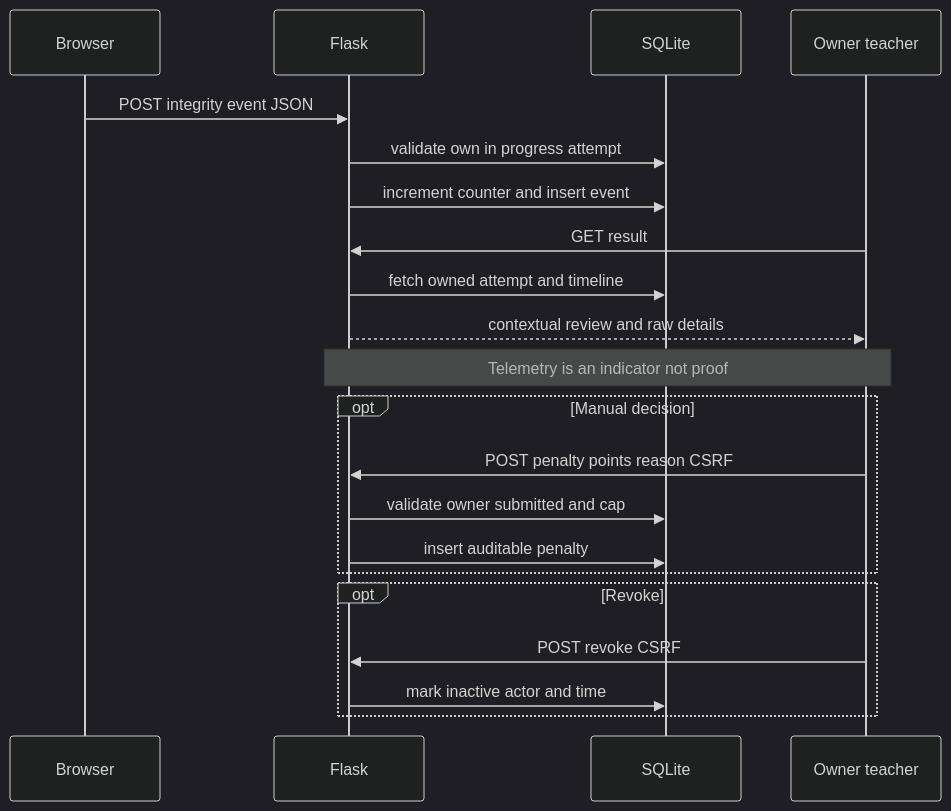
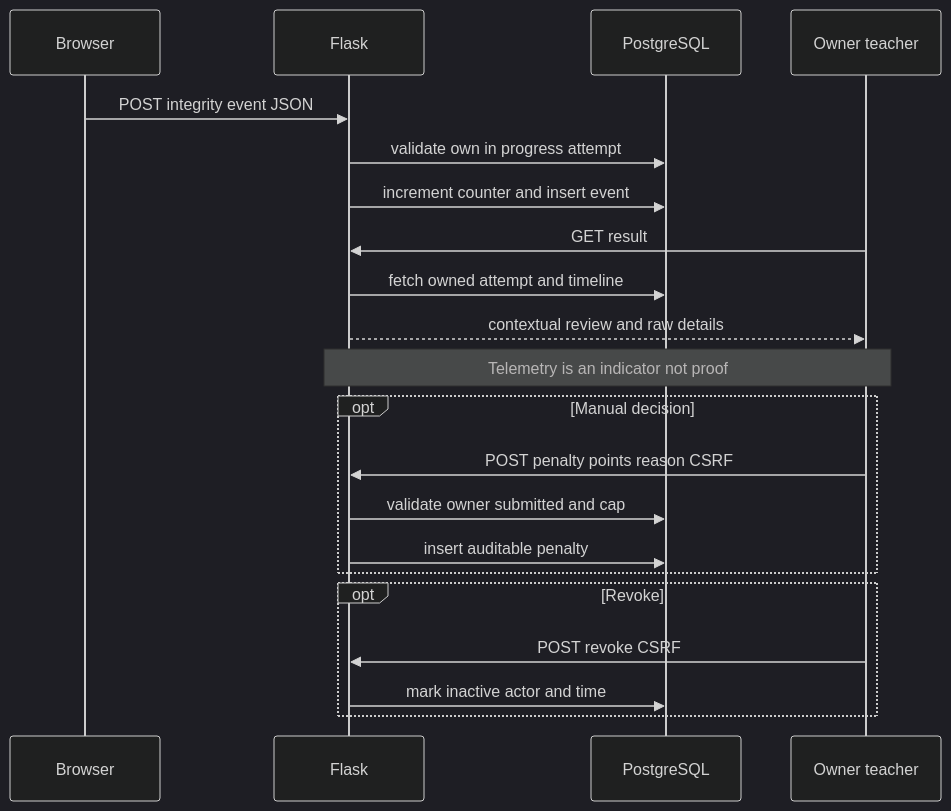
One commit to avismael/AssesStudio changed the eighth of 16 diagrams in docs/12-diagrams.md. Above: the diagram before and after it, drawn with Mermaid (dark theme). The commit also changed other lines of this file and 56 other files, not shown here.

````diff
--- a/docs/12-diagrams.md
+++ b/docs/12-diagrams.md
@@ -187,23 +187,23 @@
 ```mermaid
 sequenceDiagram
     participant B as Browser
     participant F as Flask
-    participant D as SQLite
+    participant D as PostgreSQL
     participant T as Owner teacher
     B->>F: POST integrity event JSON
     F->>D: validate own in progress attempt
     F->>D: increment counter and insert event
     T->>F: GET result
     F->>D: fetch owned attempt and timeline
     F-->>T: contextual review and raw details
     Note over T,F: Telemetry is an indicator not proof
     opt Manual decision
         T->>F: POST penalty points reason CSRF
         F->>D: validate owner submitted and cap
         F->>D: insert auditable penalty
     end
     opt Revoke
         T->>F: POST revoke CSRF
         F->>D: mark inactive actor and time
     end
 ```
````
